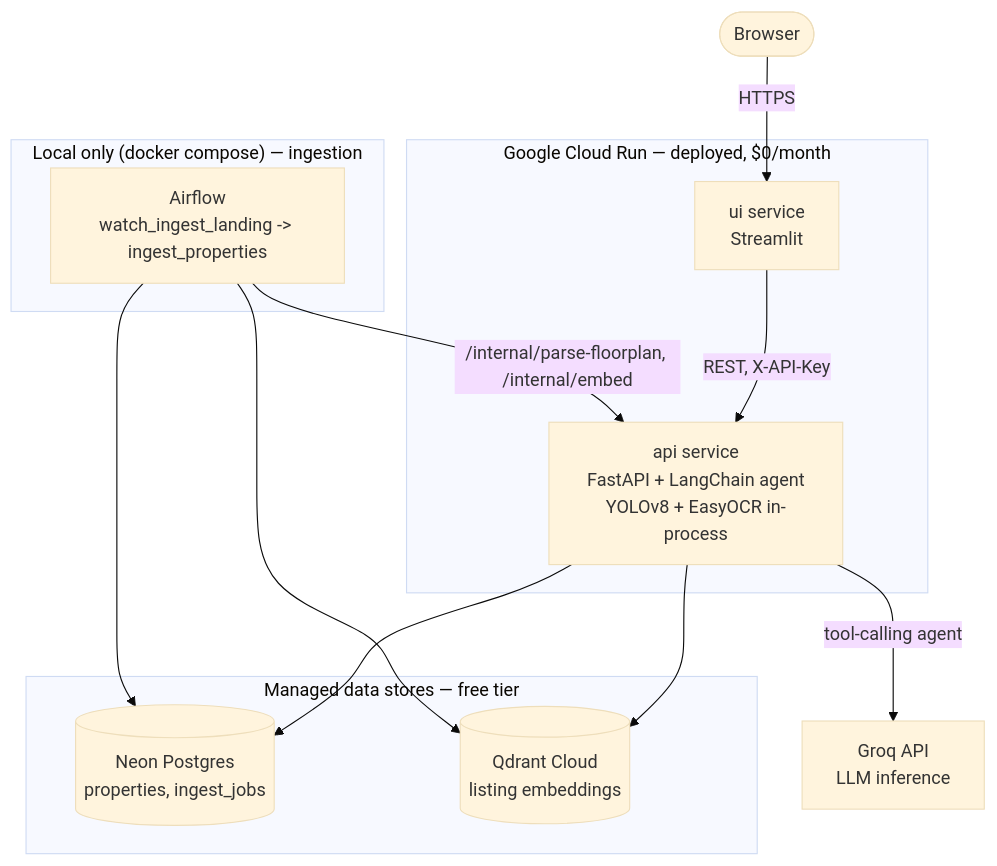
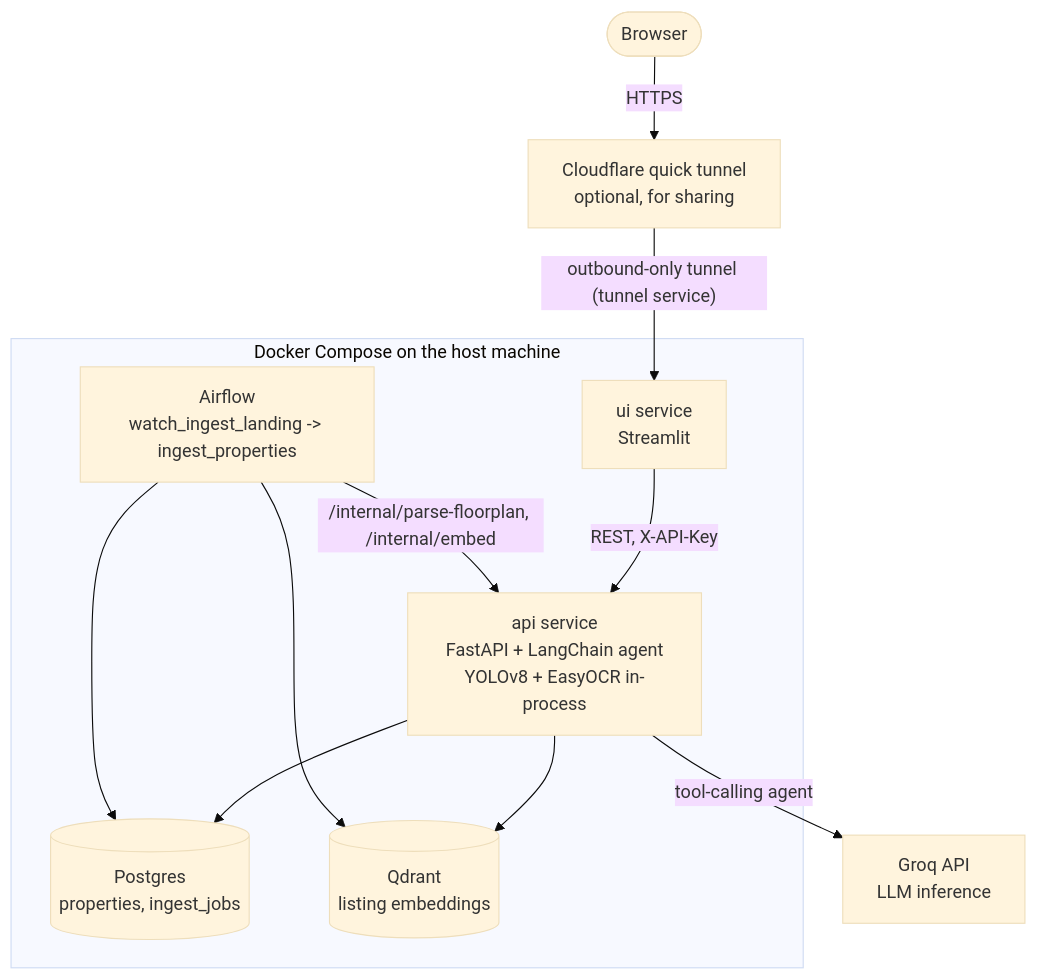
The diagram in README.md (AntiVicious/SmartSense-project), drawn with Mermaid (base theme) before and after one commit. The commit also changed other lines of this file and 5 other files, not shown here.

First line of the commit message:
Replace dead Cloud Run demo links, pin image dependencies

````diff
--- a/README.md
+++ b/README.md
@@ -56,30 +55,27 @@
 ```mermaid
 flowchart TB
     User(["Browser"])
 
-    subgraph cloudrun["Google Cloud Run — deployed, $0/month"]
+    TUN["Cloudflare quick tunnel<br/>optional, for sharing"]
+
+    subgraph host["Docker Compose on the host machine"]
         UI["ui service<br/>Streamlit"]
         API["api service<br/>FastAPI + LangChain agent<br/>YOLOv8 + EasyOCR in-process"]
-    end
-
-    subgraph stores["Managed data stores — free tier"]
-        PG[("Neon Postgres<br/>properties, ingest_jobs")]
-        QD[("Qdrant Cloud<br/>listing embeddings")]
+        PG[("Postgres<br/>properties, ingest_jobs")]
+        QD[("Qdrant<br/>listing embeddings")]
+        AF["Airflow<br/>watch_ingest_landing -> ingest_properties"]
     end
 
     GROQ["Groq API<br/>LLM inference"]
 
-    subgraph local["Local only (docker compose) — ingestion"]
-        AF["Airflow<br/>watch_ingest_landing -> ingest_properties"]
-    end
-
-    User -->|HTTPS| UI
+    User -->|HTTPS| TUN
+    TUN -->|"outbound-only tunnel (tunnel service)"| UI
     UI -->|"REST, X-API-Key"| API
     API --> PG
     API --> QD
     API -->|tool-calling agent| GROQ
 
     AF -->|"/internal/parse-floorplan, /internal/embed"| API
     AF --> PG
     AF --> QD
 ```
````
